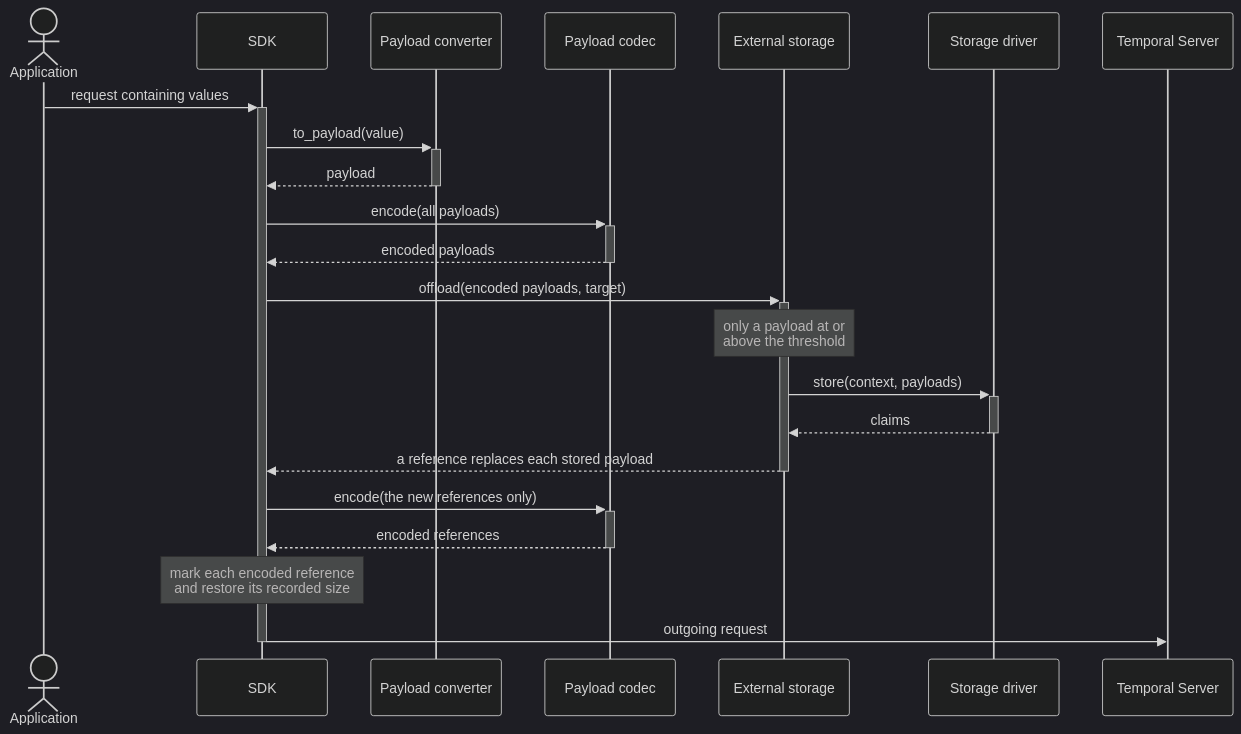
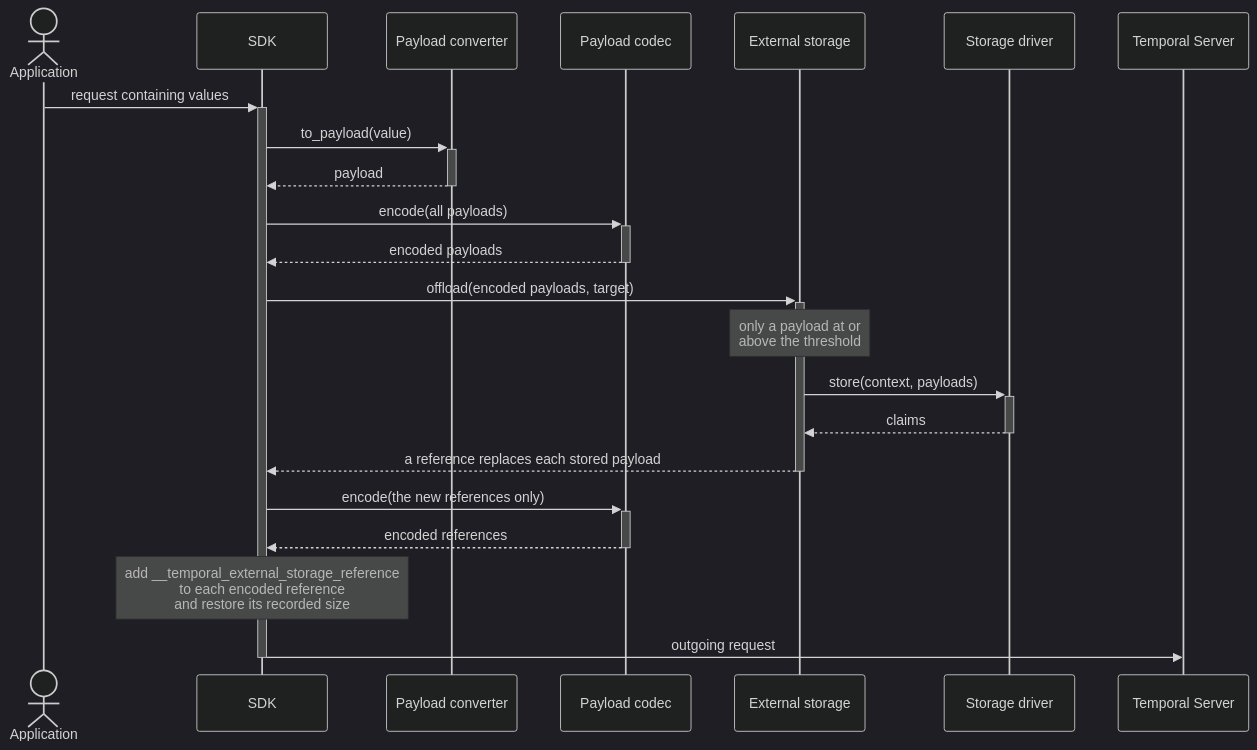
The first of 2 diagrams in features/external_storage/spec.md (temporalio/features), drawn with Mermaid (dark theme) before and after one commit. The commit also changed other lines of this file, not shown here.

Commit message:
update external storage spec with more detail about encoding/decoding references.

````diff
--- a/features/external_storage/spec.md
+++ b/features/external_storage/spec.md
@@ -118,30 +122,30 @@
 ```mermaid
 sequenceDiagram
     actor App as Application
     participant SDK
     participant Conv as Payload converter
     participant Codec as Payload codec
     participant Store as External storage
     participant Driver as Storage driver
     participant Server as Temporal Server
 
     App->>+SDK: request containing values
 
     SDK->>+Conv: to_payload(value)
     Conv-->>-SDK: payload
 
     SDK->>+Codec: encode(all payloads)
     Codec-->>-SDK: encoded payloads
 
     SDK->>+Store: offload(encoded payloads, target)
     Note over Store: only a payload at or<br/>above the threshold
     Store->>+Driver: store(context, payloads)
     Driver-->>-Store: claims
     Store-->>-SDK: a reference replaces each stored payload
 
     SDK->>+Codec: encode(the new references only)
     Codec-->>-SDK: encoded references
-    Note over SDK: mark each encoded reference<br/>and restore its recorded size
+    Note over SDK: add __temporal_external_storage_reference<br/>to each encoded reference<br/>and restore its recorded size
 
     SDK->>-Server: outgoing request
 ```
````
